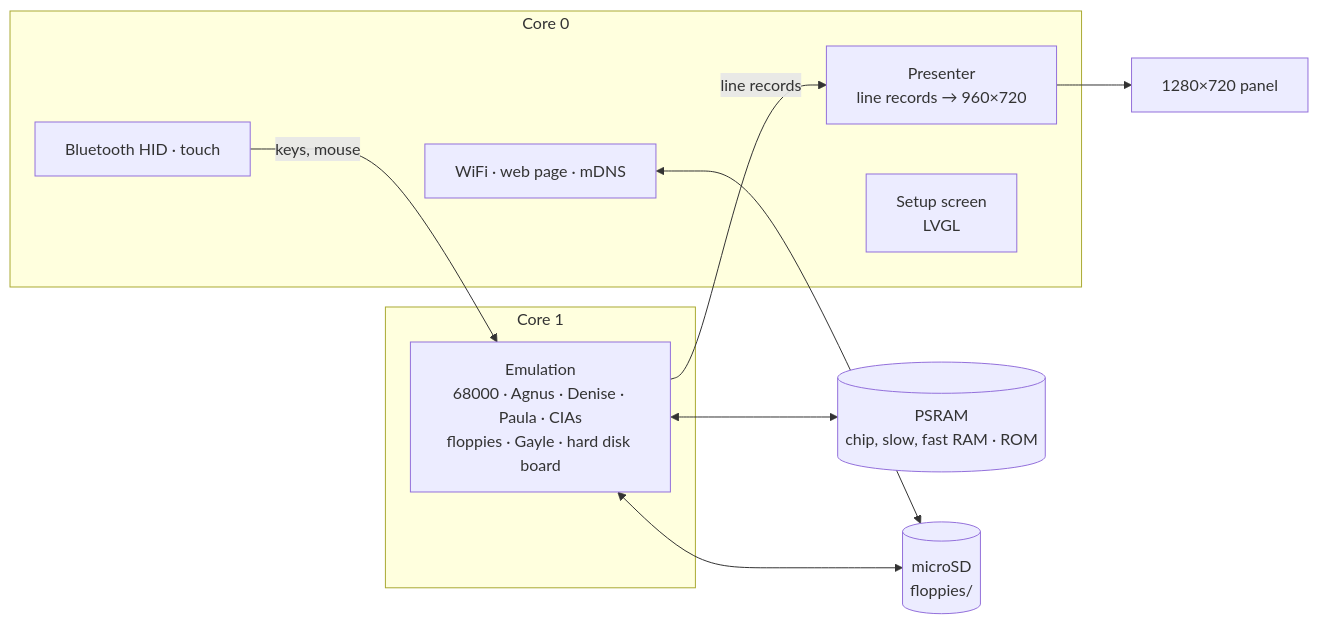
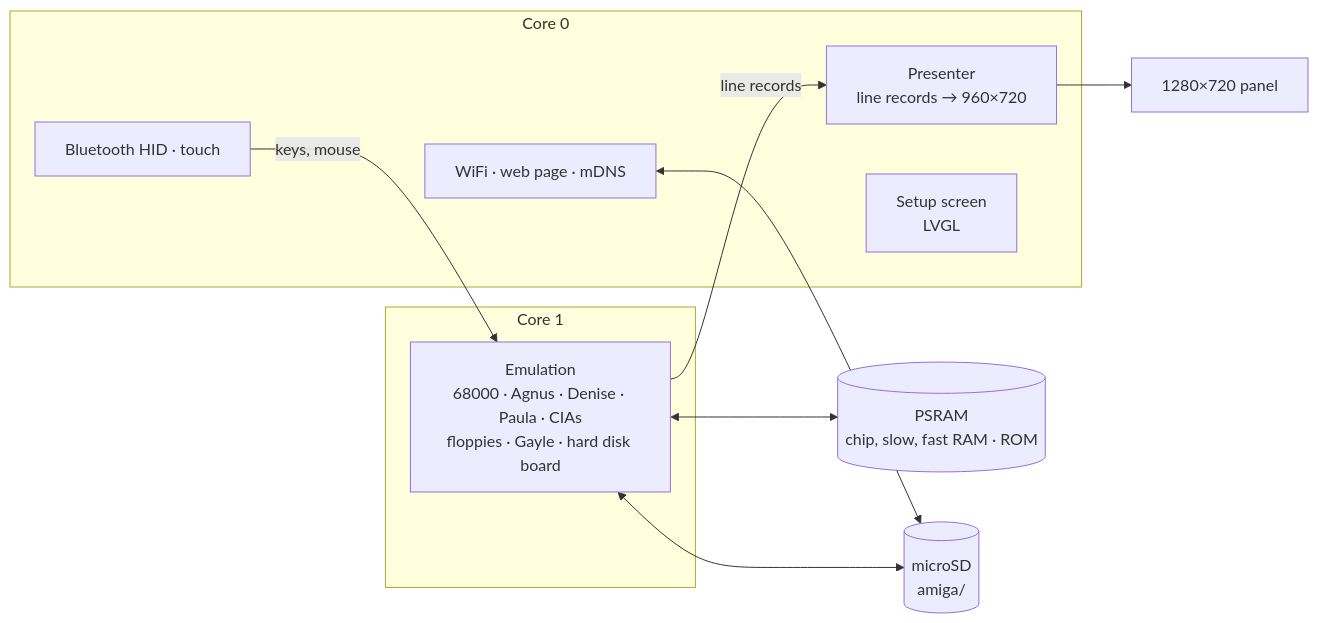
One commit to rlucencic/esp32ami changed the diagram in README.md. Above: the diagram before and after it, drawn with Mermaid. The commit also changed other lines of this file and 5 other files, not shown here.

First line of the commit message:
ROMs on the SD card in amiga/roms, disk images in amiga/ (was floppies/)

````diff
--- a/README.md
+++ b/README.md
@@ -244,20 +248,20 @@
 ```mermaid
 flowchart LR
   subgraph core1 [Core 1]
     EMU["Emulation<br>68000 · Agnus · Denise · Paula · CIAs<br>floppies · Gayle · hard disk board"]
   end
   subgraph core0 [Core 0]
     PRES[Presenter<br>line records → 960×720]
     UI[Setup screen<br>LVGL]
     NET[WiFi · web page · mDNS]
     BLE[Bluetooth HID · touch]
   end
   PSRAM[(PSRAM<br>chip, slow, fast RAM · ROM)]
-  SD[(microSD<br>floppies/)]
+  SD[(microSD<br>amiga/)]
   EMU <--> PSRAM
   EMU -- line records --> PRES
   PRES --> LCD[1280×720 panel]
   BLE -- keys, mouse --> EMU
   EMU <--> SD
   NET <--> SD
 ```
````
